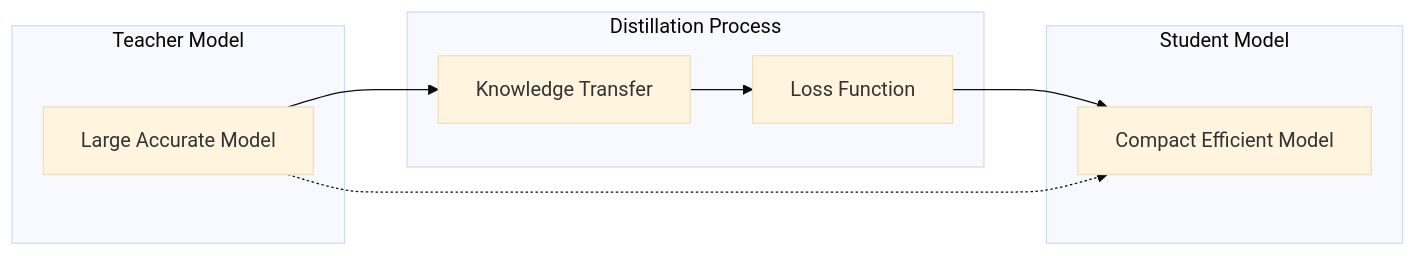
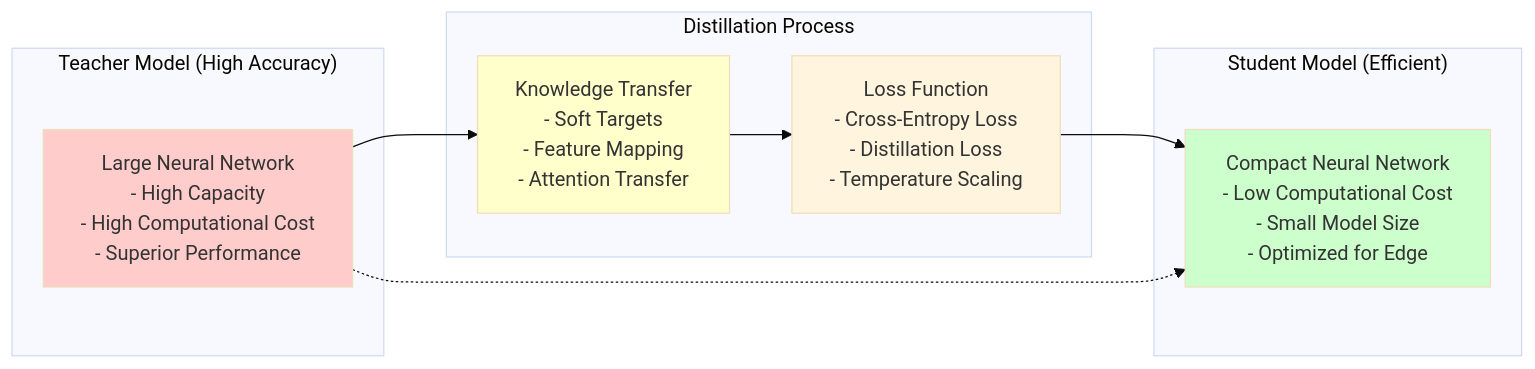
The fourth of 17 diagrams in DIAGRAMS.md (prathameshatkare/Final_Cystic_fibrosis_project), drawn with Mermaid (base theme) before and after one commit. The commit also changed other lines of this file, not shown here.

Commit message:
diagrams

````diff
--- a/DIAGRAMS.md
+++ b/DIAGRAMS.md
@@ -65,20 +89,24 @@
 ```mermaid
 graph LR
-    subgraph "Teacher Model"
-        A[Large Accurate Model]
+    subgraph "Teacher Model (High Accuracy)"
+        A[Large Neural Network<br/>- High Capacity<br/>- High Computational Cost<br/>- Superior Performance]
     end
     
     subgraph "Distillation Process"
-        B[Knowledge Transfer]
-        C[Loss Function]
+        B[Knowledge Transfer<br/>- Soft Targets<br/>- Feature Mapping<br/>- Attention Transfer]
+        C[Loss Function<br/>- Cross-Entropy Loss<br/>- Distillation Loss<br/>- Temperature Scaling]
     end
     
-    subgraph "Student Model"
-        D[Compact Efficient Model]
+    subgraph "Student Model (Efficient)"
+        D[Compact Neural Network<br/>- Low Computational Cost<br/>- Small Model Size<br/>- Optimized for Edge]
     end
     
     A --> B
     B --> C
     C --> D
     A -.-> D
+    
+    style A fill:#ffcccc
+    style D fill:#ccffcc
+    style B fill:#ffffcc
 ```
````
